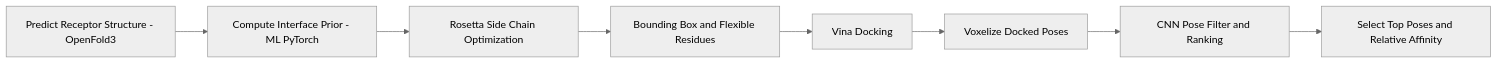
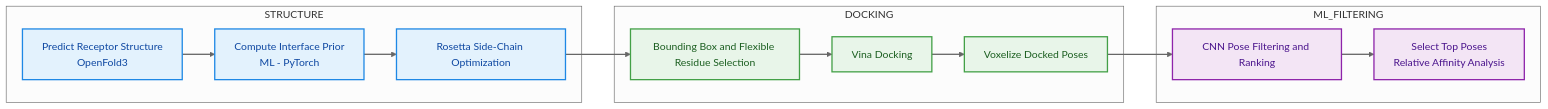
The diagram in README.md (nicolemariepaterson/dokken), drawn with Mermaid (neutral theme) before and after one commit. The commit also changed other lines of this file, not shown here.

````diff
--- a/README.md
+++ b/README.md
@@ -17,14 +17,37 @@
 ```mermaid
 flowchart LR
+    %% Layout spacing
+    linkStyle default stroke-width:2px
 
-A["Predict Receptor Structure - OpenFold3"]
-B["Compute Interface Prior - ML PyTorch"]
-C["Rosetta Side Chain Optimization"]
-D["Bounding Box and Flexible Residues"]
-E["Vina Docking"]
-F["Voxelize Docked Poses"]
-G["CNN Pose Filter and Ranking"]
-H["Select Top Poses and Relative Affinity"]
+    %% Nodes
+    A["Predict Receptor Structure<br/>OpenFold3"]
+    B["Compute Interface Prior<br/>ML - PyTorch"]
+    C["Rosetta Side-Chain Optimization"]
+    D["Bounding Box and Flexible Residue Selection"]
+    E["Vina Docking"]
+    F["Voxelize Docked Poses"]
+    G["CNN Pose Filtering and Ranking"]
+    H["Select Top Poses<br/>Relative Affinity Analysis"]
 
-A --> B --> C --> D --> E --> F --> G --> H
+    %% Subgraphs for cleaner grouping
+    subgraph STRUCTURE
+        A --> B --> C
+    end
+
+    subgraph DOCKING
+        C --> D --> E --> F
+    end
+
+    subgraph ML_FILTERING
+        F --> G --> H
+    end
+
+    %% Styling
+    classDef structure fill:#E3F2FD,stroke:#1E88E5,stroke-width:2px,color:#0D47A1;
+    classDef docking fill:#E8F5E9,stroke:#43A047,stroke-width:2px,color:#1B5E20;
+    classDef ml fill:#F3E5F5,stroke:#8E24AA,stroke-width:2px,color:#4A148C;
+
+    class A,B,C structure;
+    class D,E,F docking;
+    class G,H ml;
 ```
````
